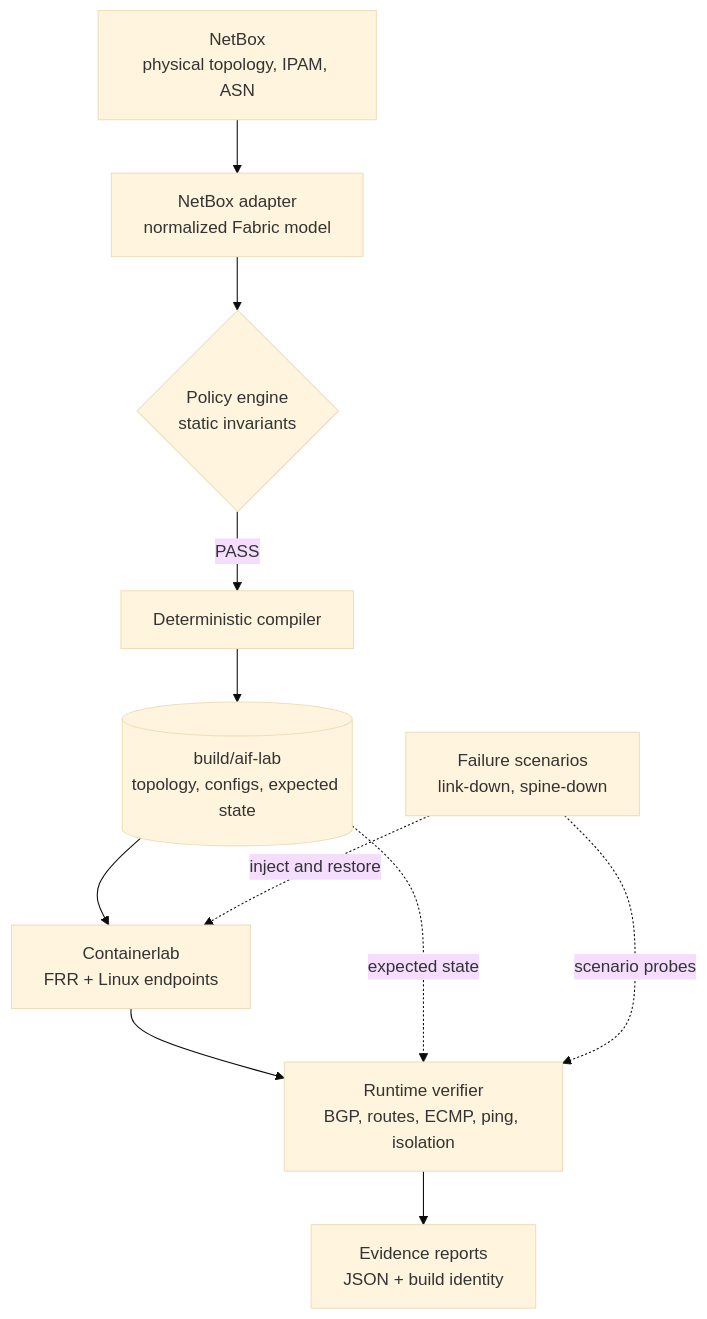
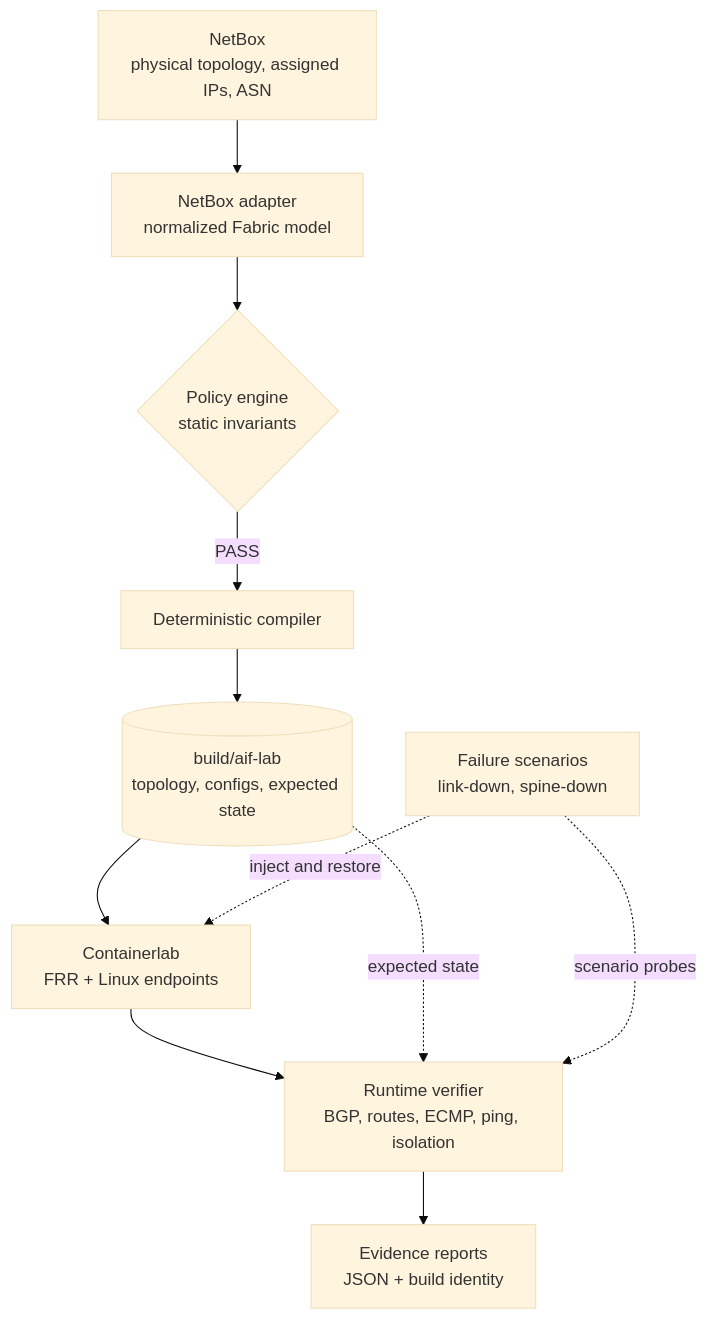
Before and after one commit to restack/ai-factory-network-twin: the diagram in README.md, drawn with Mermaid (base theme). The commit also changed other lines of this file and 2 other files, not shown here.

````diff
--- a/README.md
+++ b/README.md
@@ -49,18 +49,18 @@
 ```mermaid
 flowchart TB
-    NB["NetBox<br/>physical topology, IPAM, ASN"]
+    NB["NetBox<br/>physical topology, assigned IPs, ASN"]
     AD["NetBox adapter<br/>normalized Fabric model"]
     PE{"Policy engine<br/>static invariants"}
     CO["Deterministic compiler"]
     BU[("build/aif-lab<br/>topology, configs, expected state")]
     CL["Containerlab<br/>FRR + Linux endpoints"]
     VE["Runtime verifier<br/>BGP, routes, ECMP, ping, isolation"]
     SC["Failure scenarios<br/>link-down, spine-down"]
     RE["Evidence reports<br/>JSON + build identity"]
 
     NB --> AD --> PE
     PE -->|PASS| CO --> BU --> CL --> VE --> RE
     BU -. expected state .-> VE
     SC -. inject and restore .-> CL
     SC -. scenario probes .-> VE
 ```
````
